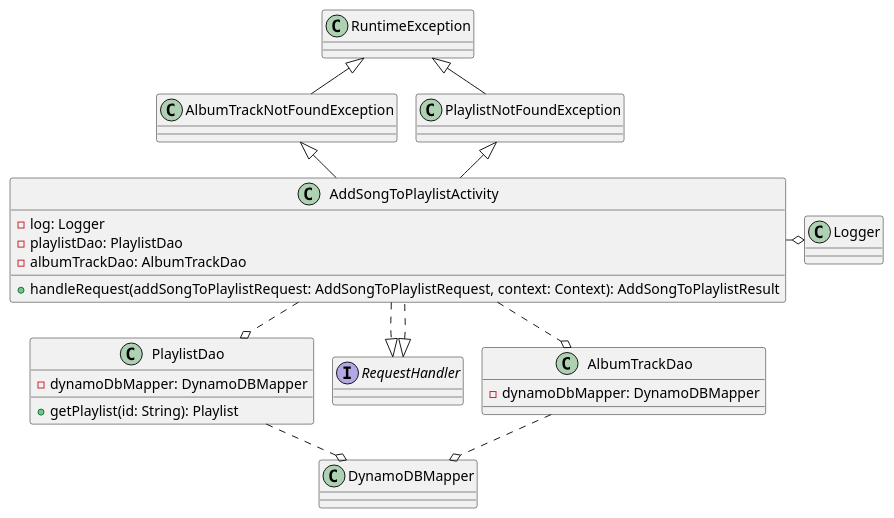
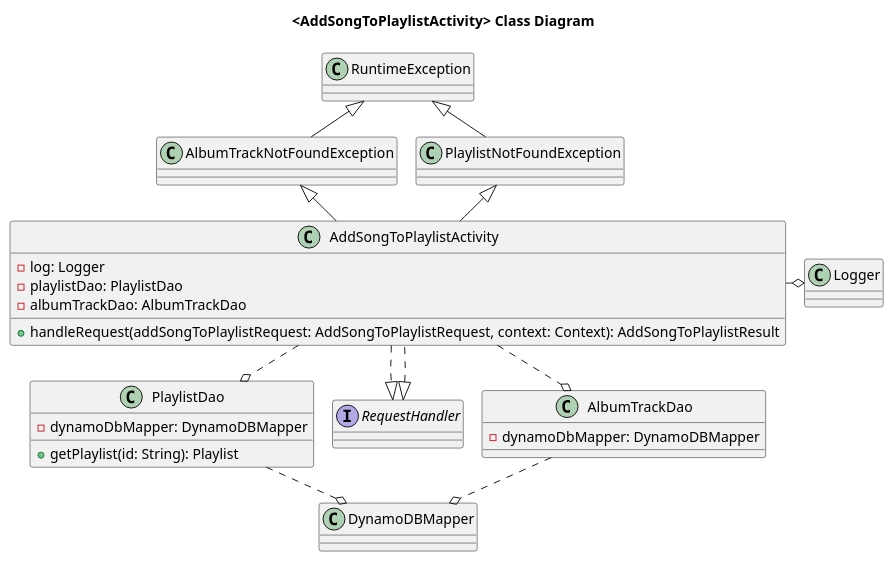
The first of 7 diagrams in src/resources/mastery-task1-music-playlist-CD.puml (cybersister/bd-working-with-databases-music-playlist-service), drawn with PlantUML before and after one commit. The commit also changed other lines of this file and 5 other files, not shown here.

Commit message:
finished reading through the DESIGN_DOCUMENT ... started up again on the class diagrams, still need to finish the last two: <AlbumTrack> and <Playlist> ... getting ready for a learning assistant appointment right now to see why my test class for mt1 is not running

```diff
--- a/src/resources/mastery-task1-music-playlist-CD.puml
+++ b/src/resources/mastery-task1-music-playlist-CD.puml
@@ -1,39 +1,41 @@
 @startuml
 !pragma layout smetana
+
+title <AddSongToPlaylistActivity> Class Diagram
 
 AddSongToPlaylistActivity ..o PlaylistDao
 
 class AddSongToPlaylistActivity implements RequestHandler {
     - log: Logger
     - playlistDao: PlaylistDao
     - albumTrackDao: AlbumTrackDao
 
     + handleRequest(addSongToPlaylistRequest: AddSongToPlaylistRequest, context: Context): AddSongToPlaylistResult
 }
 
 AddSongToPlaylistActivity ..o AlbumTrackDao
 AddSongToPlaylistActivity .o Logger
 AddSongToPlaylistActivity ..|> RequestHandler
 
 class AlbumTrackNotFoundException extends RuntimeException {
 }
 class PlaylistNotFoundException extends RuntimeException {
 }
 
 PlaylistNotFoundException <|-- AddSongToPlaylistActivity
 AlbumTrackNotFoundException <|-- AddSongToPlaylistActivity
 
 class PlaylistDao {
     - dynamoDbMapper: DynamoDBMapper
 
     + getPlaylist(id: String): Playlist
 }
 
 class AlbumTrackDao {
     - dynamoDbMapper: DynamoDBMapper
 }
 
 PlaylistDao ..o DynamoDBMapper
 AlbumTrackDao ..o DynamoDBMapper
 
 @enduml
```
